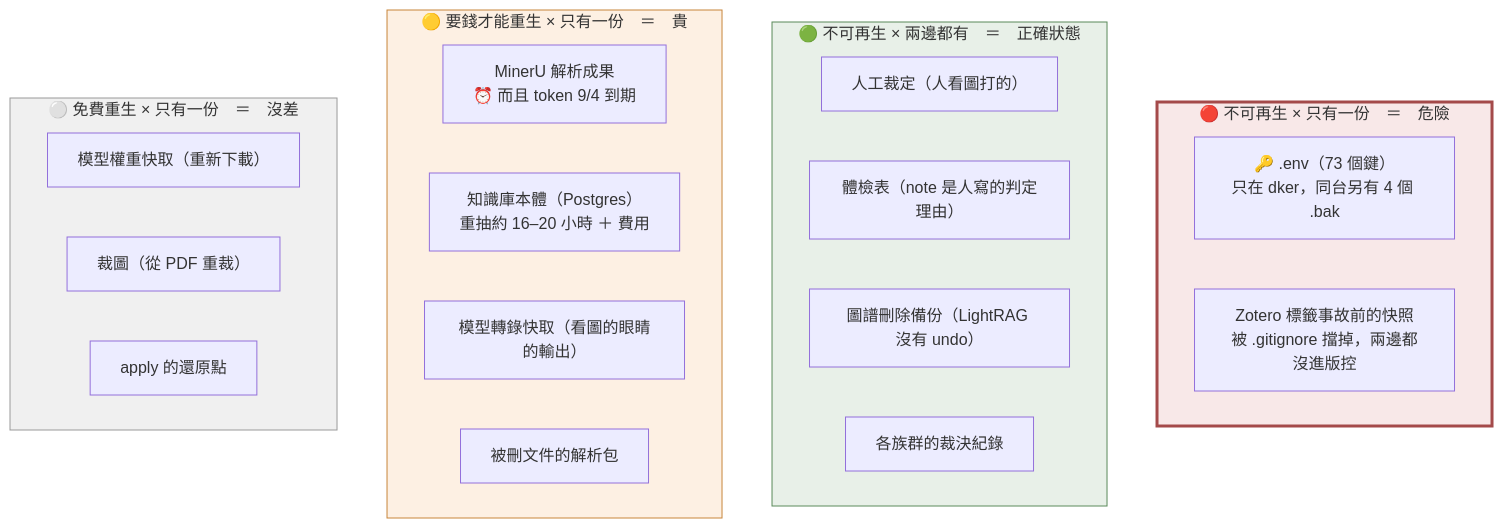
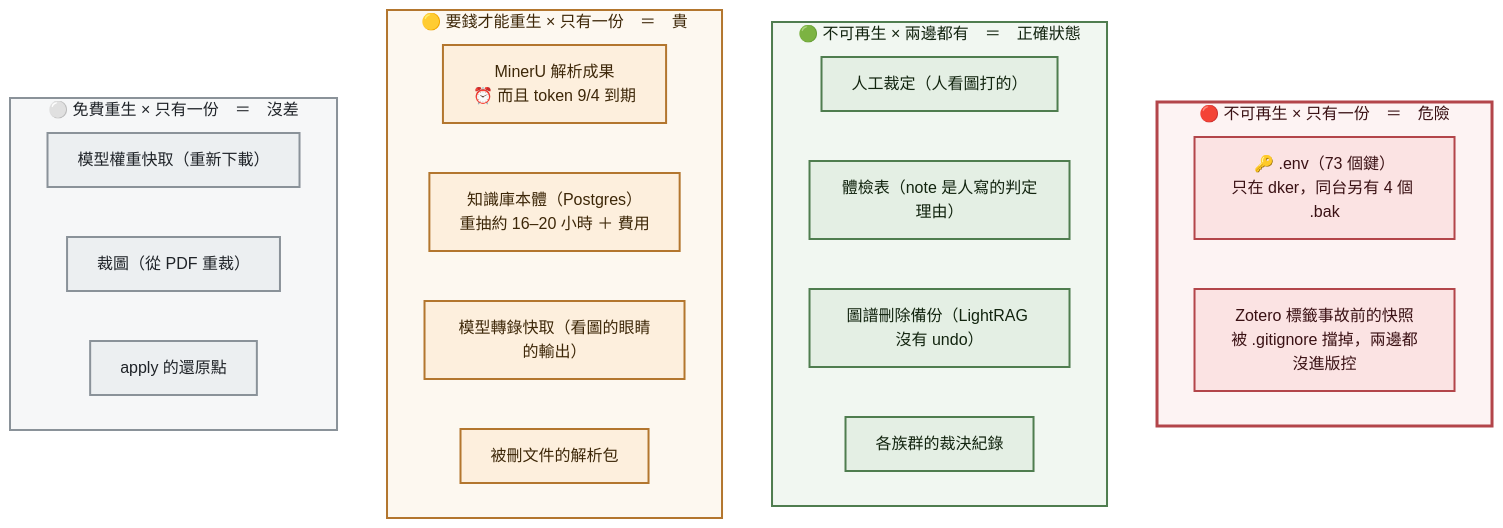
One commit to neknufelet/lightrag changed the second of 2 diagrams in cairn/data-locations.md. Above: the diagram before and after it, drawn with Mermaid. The commit also changed other lines of this file and 1 other file, not shown here.

First line of the commit message:
fix(cairn): 圖上有底色的框在深色模式看不見 —— 補上文字顏色

````diff
--- a/cairn/data-locations.md
+++ b/cairn/data-locations.md
@@ -79,32 +83,42 @@
 ```mermaid
 flowchart TB
     subgraph DANGER["🔴 不可再生 × 只有一份　＝　危險"]
         D1["🔑 .env（73 個鍵）<br/>只在 dker，同台另有 4 個 .bak"]
         D2["Zotero 標籤事故前的快照<br/>被 .gitignore 擋掉，兩邊都沒進版控"]
     end
 
     subgraph OK["🟢 不可再生 × 兩邊都有　＝　正確狀態"]
         O1["人工裁定（人看圖打的）"]
         O2["體檢表（note 是人寫的判定理由）"]
         O3["圖譜刪除備份（LightRAG 沒有 undo）"]
         O4["各族群的裁決紀錄"]
     end
 
     subgraph COST["🟡 要錢才能重生 × 只有一份　＝　貴"]
         C1["MinerU 解析成果<br/>⏰ 而且 token 9/4 到期"]
         C2["知識庫本體（Postgres）<br/>重抽約 16–20 小時 ＋ 費用"]
         C3["模型轉錄快取（看圖的眼睛的輸出）"]
         C4["被刪文件的解析包"]
     end
 
     subgraph FREE["⚪ 免費重生 × 只有一份　＝　沒差"]
         F1["模型權重快取（重新下載）"]
         F2["裁圖（從 PDF 重裁）"]
         F3["apply 的還原點"]
     end
 
-    style DANGER fill:#f8e8e8,stroke:#a44a4a,stroke-width:3px
-    style OK fill:#e8f0e8,stroke:#5a8a5a
-    style COST fill:#fdf0e3,stroke:#c8853a
-    style FREE fill:#f0f0f0,stroke:#999
+    classDef danger fill:#fbe3e3,stroke:#b3454a,stroke-width:2px,color:#3a1114
+    classDef ok fill:#e4efe4,stroke:#4f7d4f,stroke-width:2px,color:#12240f
+    classDef cost fill:#fdefdd,stroke:#b3762e,stroke-width:2px,color:#3d2708
+    classDef free fill:#eceff1,stroke:#8a9299,stroke-width:2px,color:#1f2328
+
+    class D1,D2 danger
+    class O1,O2,O3,O4 ok
+    class C1,C2,C3,C4 cost
+    class F1,F2,F3 free
+
+    style DANGER fill:#fdf3f3,stroke:#b3454a,stroke-width:3px,color:#3a1114
+    style OK fill:#f1f7f1,stroke:#4f7d4f,stroke-width:2px,color:#12240f
+    style COST fill:#fdf8f0,stroke:#b3762e,stroke-width:2px,color:#3d2708
+    style FREE fill:#f6f7f8,stroke:#8a9299,stroke-width:2px,color:#1f2328
 ```
````
